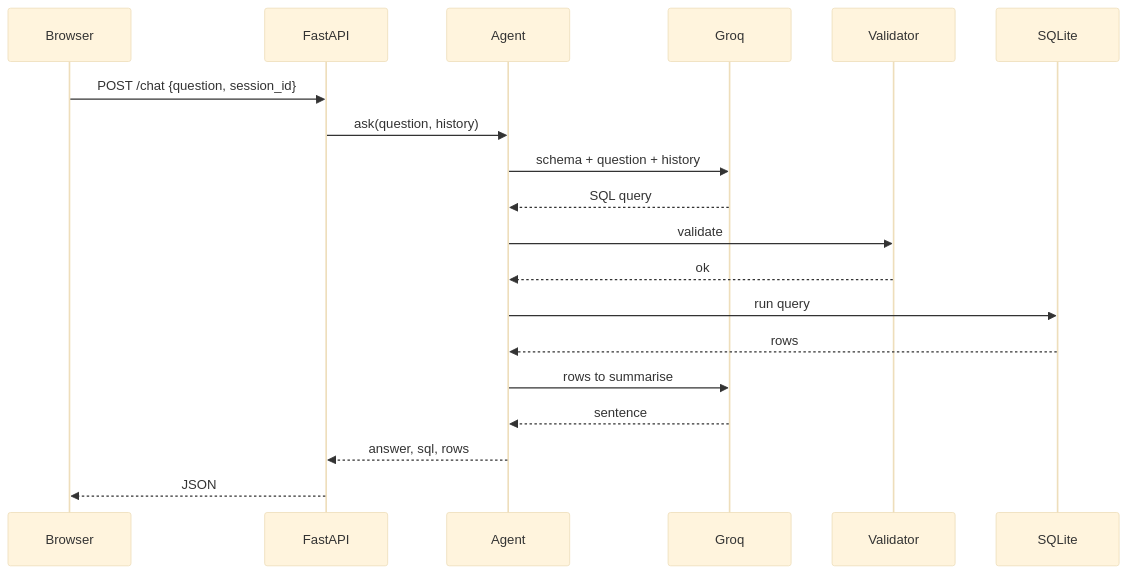
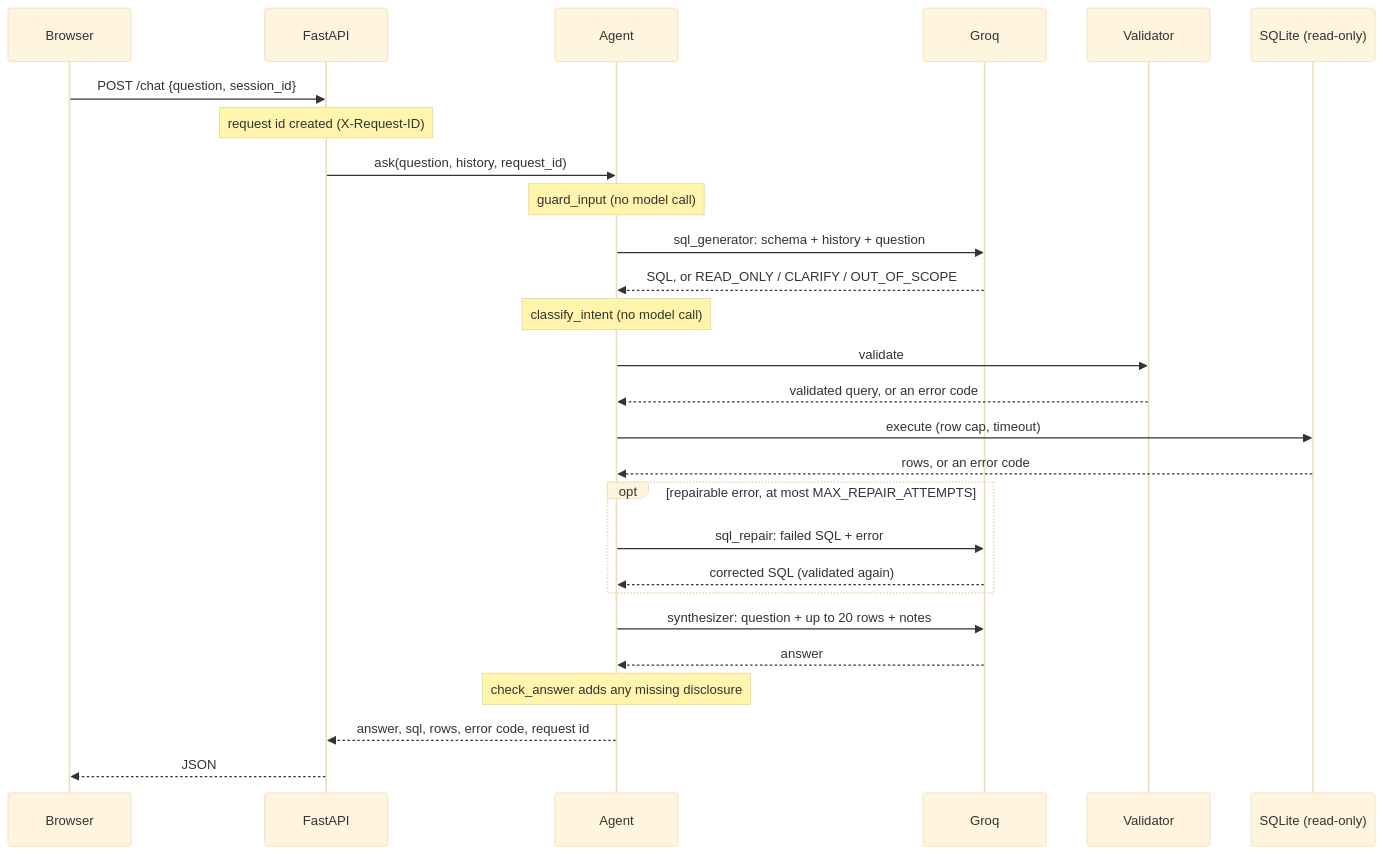
The second of 2 diagrams in docs/architecture.md (AviK0928/SQL_Query_AI_Agent), drawn with Mermaid (base theme) before and after one commit. The commit also changed other lines of this file and 2 other files, not shown here.

Commit message:
docs: architecture docs, colab quickstart and results summary (#29)

````diff
--- a/docs/architecture.md
+++ b/docs/architecture.md
@@ -36,22 +46,30 @@
 ```mermaid
 sequenceDiagram
     participant U as Browser
     participant F as FastAPI
     participant A as Agent
     participant L as Groq
     participant V as Validator
-    participant D as SQLite
+    participant D as SQLite (read-only)
 
     U->>F: POST /chat {question, session_id}
-    F->>A: ask(question, history)
-    A->>L: schema + question + history
-    L-->>A: SQL query
+    Note over F: request id created (X-Request-ID)
+    F->>A: ask(question, history, request_id)
+    Note over A: guard_input (no model call)
+    A->>L: sql_generator: schema + history + question
+    L-->>A: SQL, or READ_ONLY / CLARIFY / OUT_OF_SCOPE
+    Note over A: classify_intent (no model call)
     A->>V: validate
-    V-->>A: ok
-    A->>D: run query
-    D-->>A: rows
-    A->>L: rows to summarise
-    L-->>A: sentence
-    A-->>F: answer, sql, rows
+    V-->>A: validated query, or an error code
+    A->>D: execute (row cap, timeout)
+    D-->>A: rows, or an error code
+    opt repairable error, at most MAX_REPAIR_ATTEMPTS
+        A->>L: sql_repair: failed SQL + error
+        L-->>A: corrected SQL (validated again)
+    end
+    A->>L: synthesizer: question + up to 20 rows + notes
+    L-->>A: answer
+    Note over A: check_answer adds any missing disclosure
+    A-->>F: answer, sql, rows, error code, request id
     F-->>U: JSON
 ```
````
